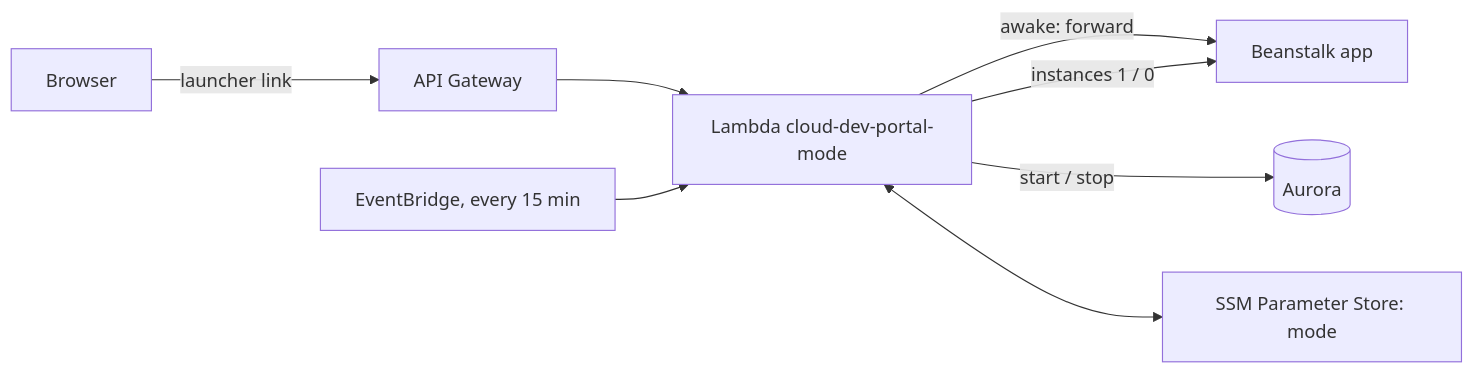
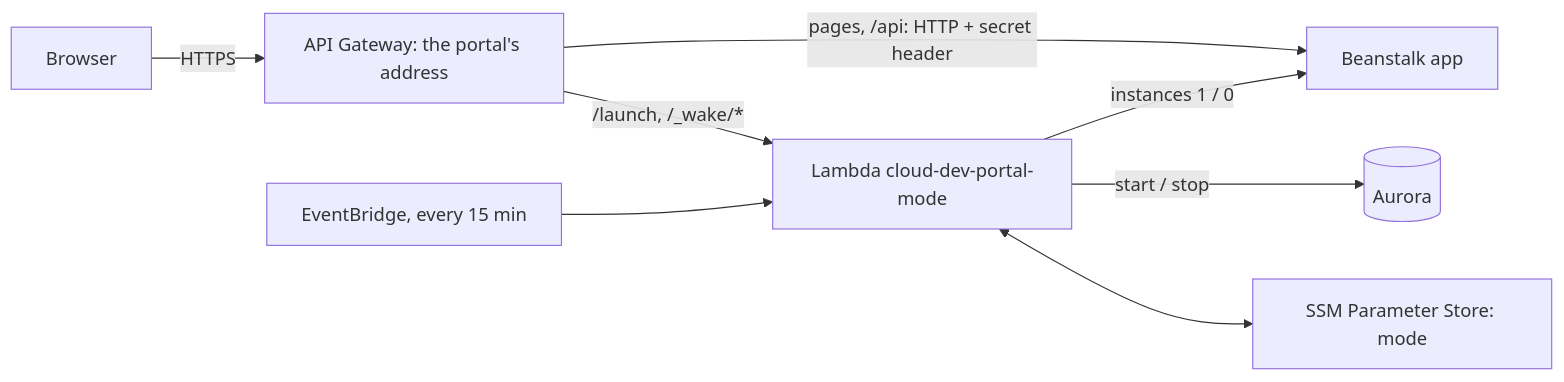
One commit to EpistemeHobo/black-cloud-portal changed the second of 2 diagrams in docs/aws-learner-lab.md. Above: the diagram before and after it, drawn with Mermaid. The commit also changed other lines of this file and 16 other files, not shown here.

````diff
--- a/docs/aws-learner-lab.md
+++ b/docs/aws-learner-lab.md
@@ -193,10 +271,10 @@
 ```mermaid
 flowchart LR
-    User[Browser] -->|launcher link| API[API Gateway]
-    API --> Fn[Lambda cloud-dev-portal-mode]
-    Fn -->|awake: forward| EB[Beanstalk app]
+    User[Browser] -->|HTTPS| API[API Gateway: the portal's address]
+    API -->|pages, /api: HTTP + secret header| EB[Beanstalk app]
+    API -->|/launch, /_wake/*| Fn[Lambda cloud-dev-portal-mode]
     Timer[EventBridge, every 15 min] --> Fn
     Fn -->|start / stop| Aurora[(Aurora)]
     Fn -->|instances 1 / 0| EB
     Fn <--> SSM[SSM Parameter Store: mode]
 ```
````
